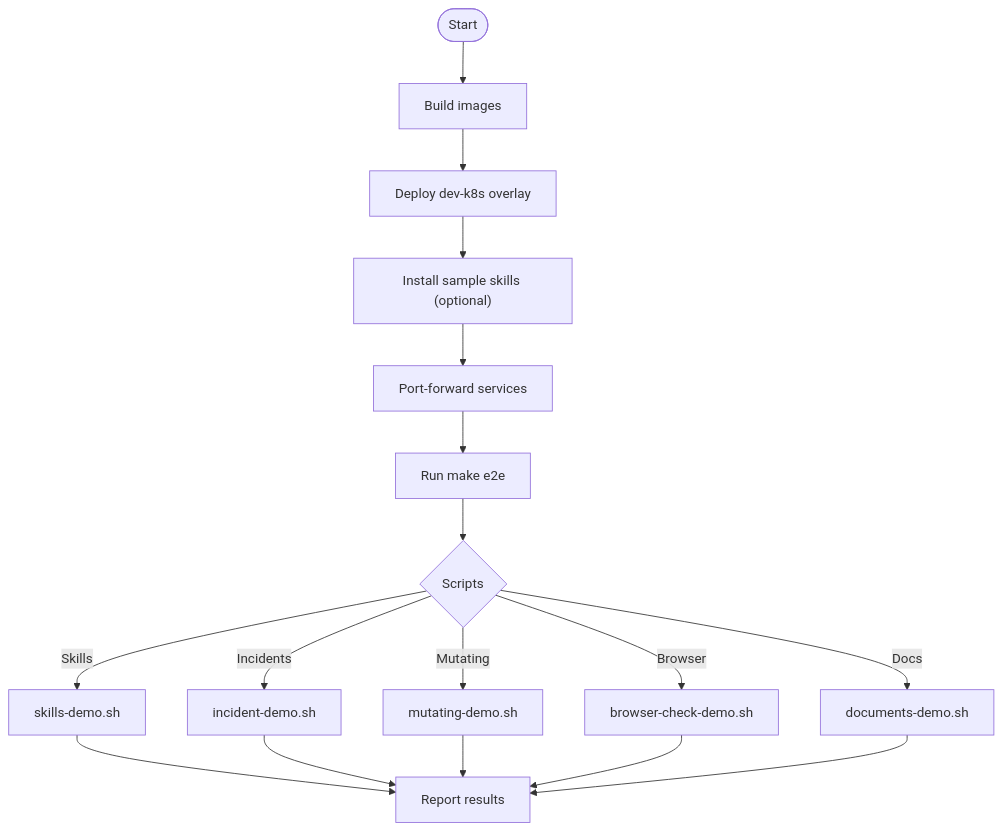
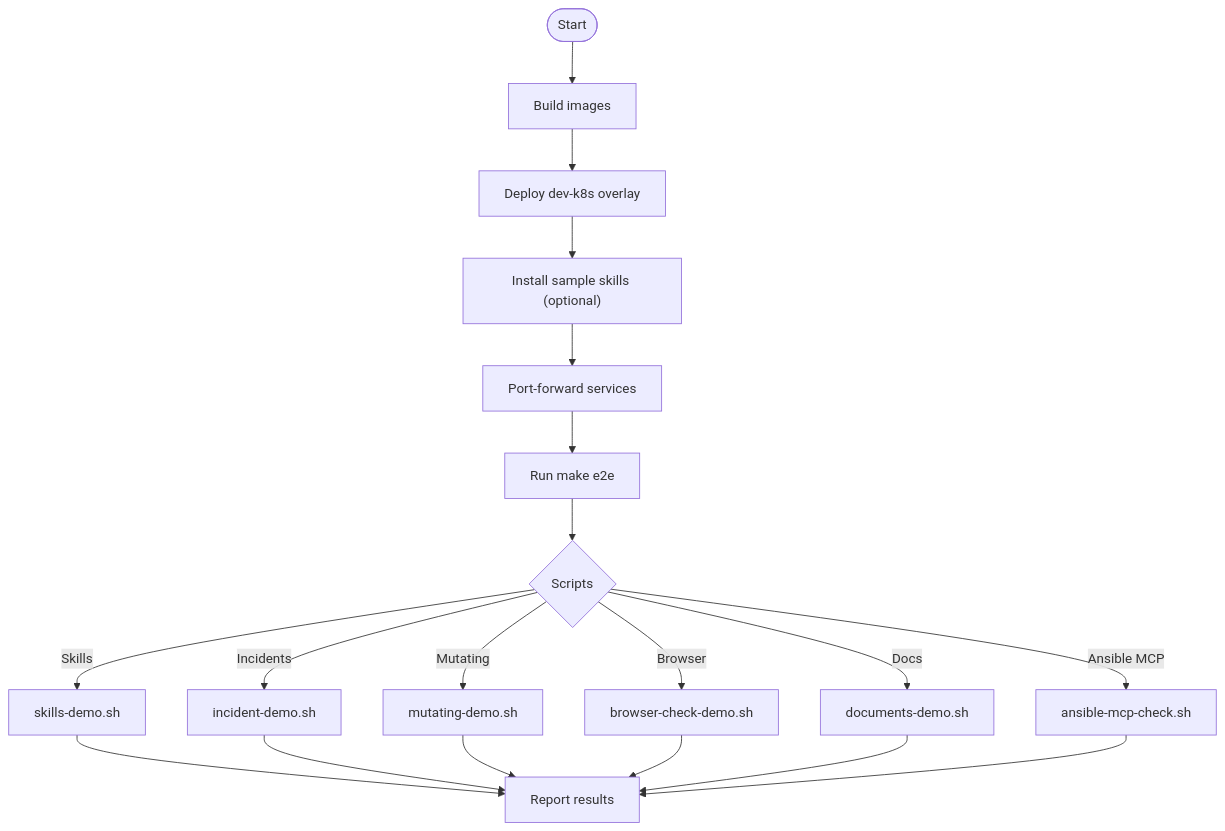
The third of 17 diagrams in .qoder/repowiki/en/content/Development Guide/Testing Strategy and Implementation/End-to-End Testing.md (metasync/luban-aiops), drawn with Mermaid before and after one commit. The commit also changed other lines of this file and 130 other files, not shown here.

````diff
--- a/.qoder/repowiki/en/content/Development Guide/Testing Strategy and Implementation/End-to-End Testing.md
+++ b/.qoder/repowiki/en/content/Development Guide/Testing Strategy and Implementation/End-to-End Testing.md
@@ -139,19 +161,21 @@
 ```mermaid
 flowchart TD
 Start(["Start"]) --> Build["Build images"]
 Build --> Deploy["Deploy dev-k8s overlay"]
 Deploy --> Samples["Install sample skills (optional)"]
 Samples --> PortFwd["Port-forward services"]
 PortFwd --> RunE2E["Run make e2e"]
 RunE2E --> Scripts{"Scripts"}
 Scripts --> |Skills| SkillsDemo["skills-demo.sh"]
 Scripts --> |Incidents| IncDemo["incident-demo.sh"]
 Scripts --> |Mutating| MutDemo["mutating-demo.sh"]
 Scripts --> |Browser| BrDemo["browser-check-demo.sh"]
 Scripts --> |Docs| DocDemo["documents-demo.sh"]
+Scripts --> |Ansible MCP| AnsDemo["ansible-mcp-check.sh"]
 SkillsDemo --> Report["Report results"]
 IncDemo --> Report
 MutDemo --> Report
 BrDemo --> Report
 DocDemo --> Report
+AnsDemo --> Report
 ```
````
